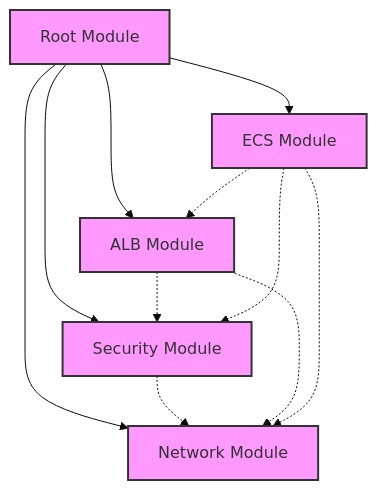
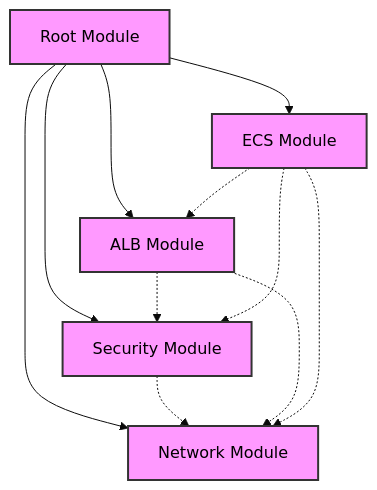
One commit to vvvesss/aws-ecs-asg-alb changed the fourth of 4 diagrams in README.md. Above: the diagram before and after it, drawn with Mermaid (base theme). The commit also changed other lines of this file, not shown here.

Commit message:
better mermaid colors

````diff
--- a/README.md
+++ b/README.md
@@ -132,23 +132,23 @@
 ```mermaid
 graph TD
     Root[Root Module]
     Network[Network Module]
     Security[Security Module]
     ALB[ALB Module]
     ECS[ECS Module]
     
     Root --> Network
     Root --> Security
     Root --> ALB
     Root --> ECS
     
     Security -.-> Network
     ALB -.-> Network
     ALB -.-> Security
     ECS -.-> Network
     ECS -.-> Security
     ECS -.-> ALB
 
-    classDef module fill:#f9f,stroke:#333,stroke-width:2px
+    classDef module fill:#f9f,stroke:#333,stroke-width:2px,color:#000
     class Root,Network,Security,ALB,ECS module
 ```
````
